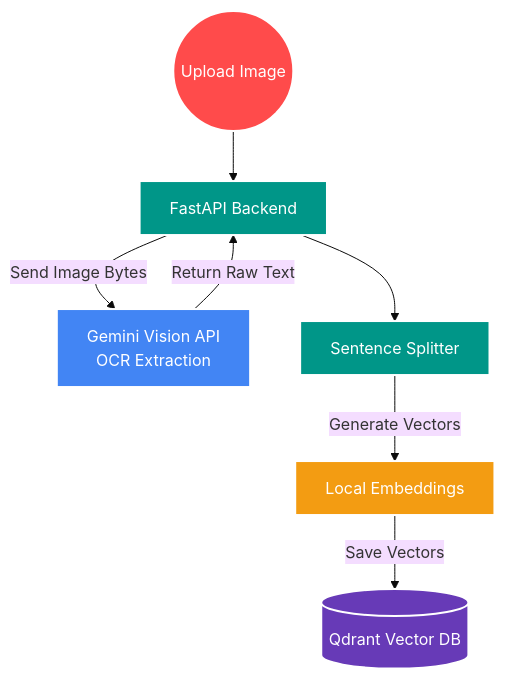
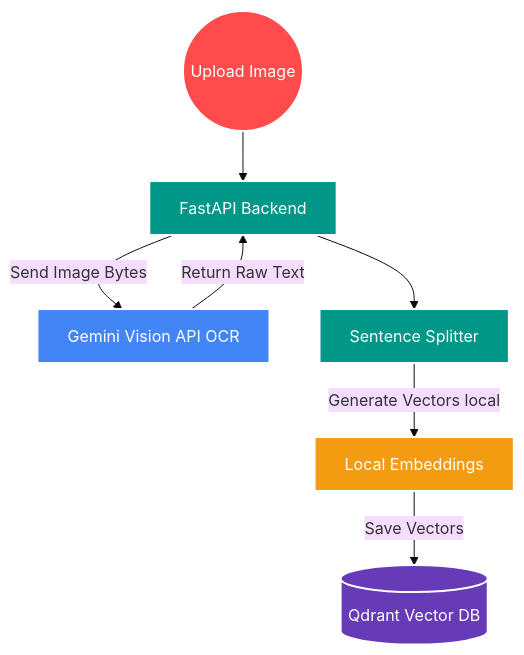
The third of 3 diagrams in README.md (SihanUdayaratna03/Astro-AI), drawn with Mermaid (base theme) before and after one commit. The commit also changed other lines of this file and 1 other file, not shown here.

````diff
--- a/README.md
+++ b/README.md
@@ -93,25 +114,22 @@
 ```mermaid
 graph TD
-    %% Define Styles
     classDef frontend fill:#ff4b4b,stroke:#fff,stroke-width:2px,color:#fff
     classDef backend fill:#009688,stroke:#fff,stroke-width:2px,color:#fff
     classDef extAPI fill:#4285f4,stroke:#fff,stroke-width:2px,color:#fff
     classDef localAI fill:#f39c12,stroke:#fff,stroke-width:2px,color:#fff
     classDef database fill:#673ab7,stroke:#fff,stroke-width:2px,color:#fff
 
-    %% Nodes
     Upload((Upload Image)):::frontend
     FastAPI[FastAPI Backend]:::backend
-    GeminiVision[Gemini Vision API<br>OCR Extraction]:::extAPI
+    GeminiVision[Gemini Vision API OCR]:::extAPI
     Chunking[Sentence Splitter]:::backend
     SentenceTransformer[Local Embeddings]:::localAI
     Qdrant[(Qdrant Vector DB)]:::database
 
-    %% Flow
     Upload --> FastAPI
     FastAPI -- "Send Image Bytes" --> GeminiVision
     GeminiVision -- "Return Raw Text" --> FastAPI
     FastAPI --> Chunking
-    Chunking -- "Generate Vectors" --> SentenceTransformer
+    Chunking -- "Generate Vectors local" --> SentenceTransformer
     SentenceTransformer -- "Save Vectors" --> Qdrant
 ```
````
